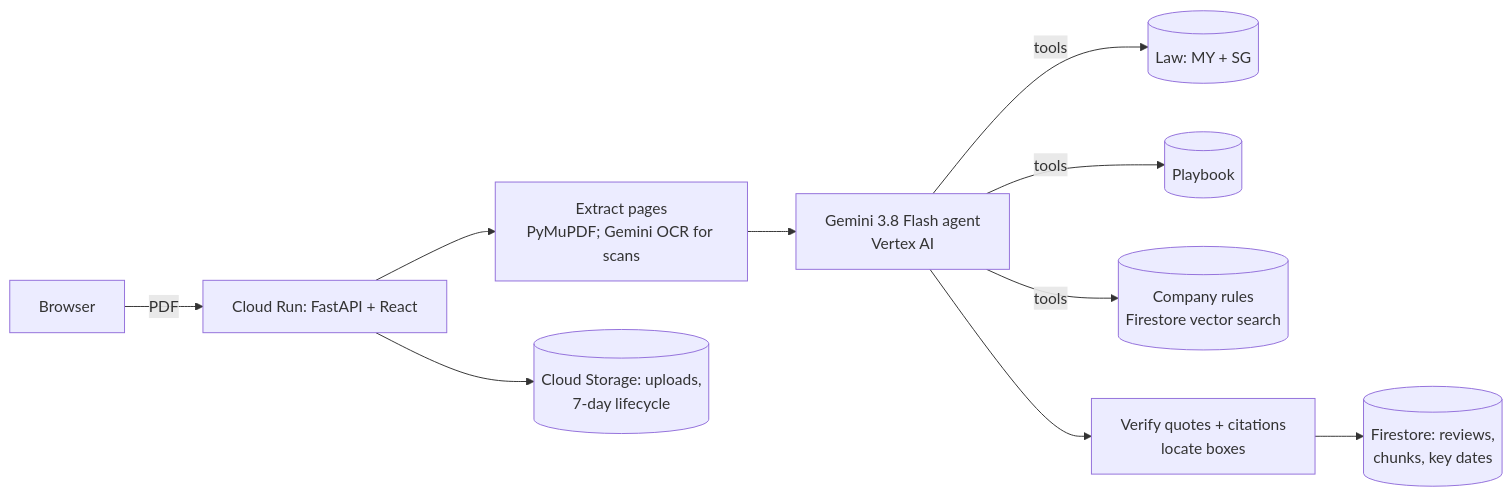
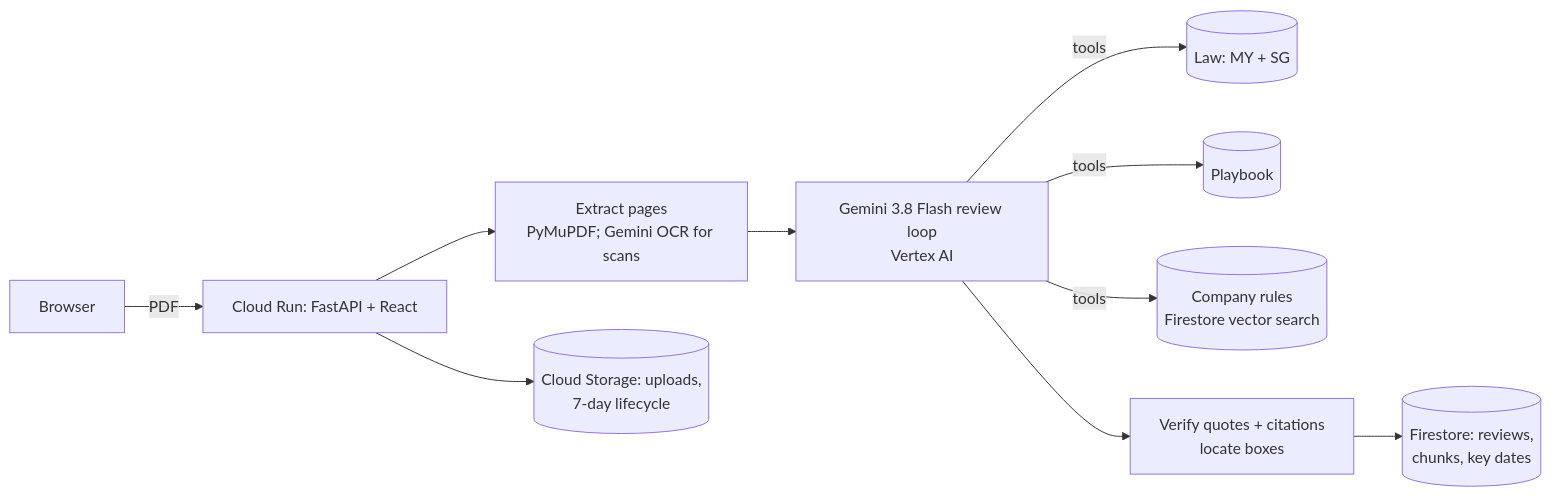
One commit to nt-codee/contract-copilot changed the second of 2 diagrams in README.md. Above: the diagram before and after it, drawn with Mermaid. The commit also changed other lines of this file and 165 other files, not shown here.

````diff
--- a/README.md
+++ b/README.md
@@ -30,12 +126,12 @@
 ```mermaid
 flowchart LR
   U[Browser] -->|PDF| R[Cloud Run: FastAPI + React]
-  R --> X[Extract pages\nPyMuPDF; Gemini OCR for scans]
-  X --> A[Gemini 3.8 Flash agent\nVertex AI]
+  R --> X[Extract pages<br/>PyMuPDF; Gemini OCR for scans]
+  X --> A[Gemini 3.8 Flash review loop<br/>Vertex AI]
   A -->|tools| L[(Law: MY + SG)]
   A -->|tools| P[(Playbook)]
-  A -->|tools| C[(Company rules\nFirestore vector search)]
-  A --> V[Verify quotes + citations\nlocate boxes]
-  V --> F[(Firestore: reviews,\nchunks, key dates)]
-  R --> S[(Cloud Storage: uploads,\n7-day lifecycle)]
+  A -->|tools| C[(Company rules<br/>Firestore vector search)]
+  A --> V[Verify quotes + citations<br/>locate boxes]
+  V --> F[(Firestore: reviews,<br/>chunks, key dates)]
+  R --> S[(Cloud Storage: uploads,<br/>7-day lifecycle)]
 ```
````
